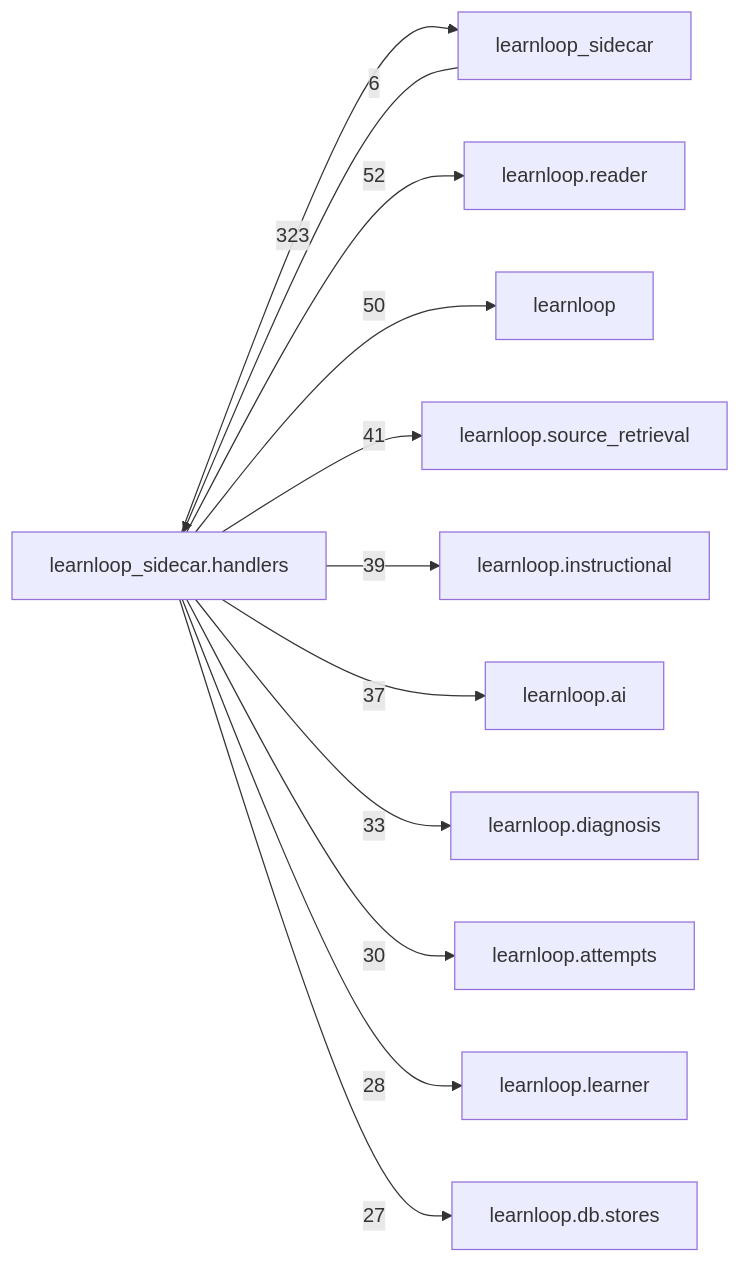
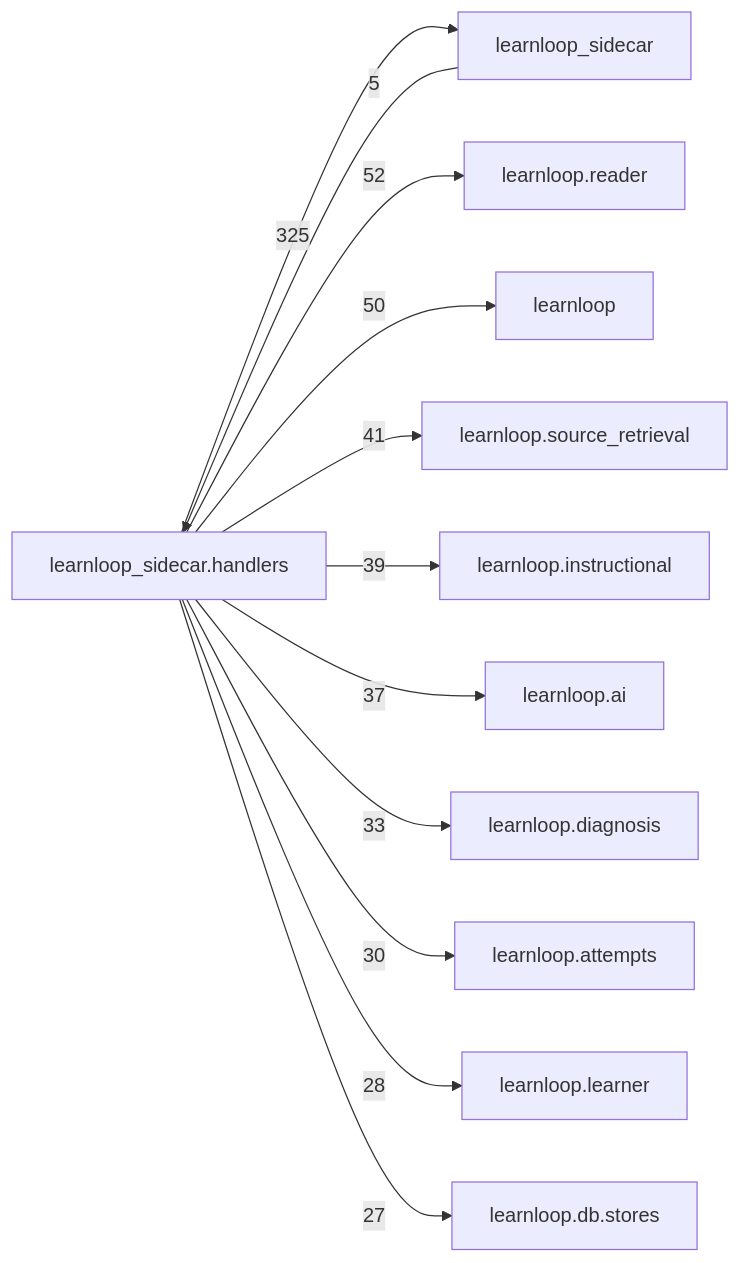
The diagram in docs/learnloop-architecture-vault/Reference/Modules/learnloop_sidecar/handlers/_package.md (6up-b/learnanything), drawn with Mermaid before and after one commit. The commit also changed other lines of this file and 47 other files, not shown here.

````diff
--- a/docs/learnloop-architecture-vault/Reference/Modules/learnloop_sidecar/handlers/_package.md
+++ b/docs/learnloop-architecture-vault/Reference/Modules/learnloop_sidecar/handlers/_package.md
@@ -260,25 +260,25 @@
 ```mermaid
 flowchart LR
     center["learnloop_sidecar.handlers"]
     n_learnloop_sidecar["learnloop_sidecar"]
     n_learnloop_reader["learnloop.reader"]
     n_learnloop["learnloop"]
     n_learnloop_source_retrieval["learnloop.source_retrieval"]
     n_learnloop_instructional["learnloop.instructional"]
     n_learnloop_ai["learnloop.ai"]
     n_learnloop_diagnosis["learnloop.diagnosis"]
     n_learnloop_attempts["learnloop.attempts"]
     n_learnloop_learner["learnloop.learner"]
     n_learnloop_db_stores["learnloop.db.stores"]
-    n_learnloop_sidecar -->|6| center
-    center -->|323| n_learnloop_sidecar
+    n_learnloop_sidecar -->|5| center
+    center -->|325| n_learnloop_sidecar
     center -->|52| n_learnloop_reader
     center -->|50| n_learnloop
     center -->|41| n_learnloop_source_retrieval
     center -->|39| n_learnloop_instructional
     center -->|37| n_learnloop_ai
     center -->|33| n_learnloop_diagnosis
     center -->|30| n_learnloop_attempts
     center -->|28| n_learnloop_learner
     center -->|27| n_learnloop_db_stores
 ```
````
